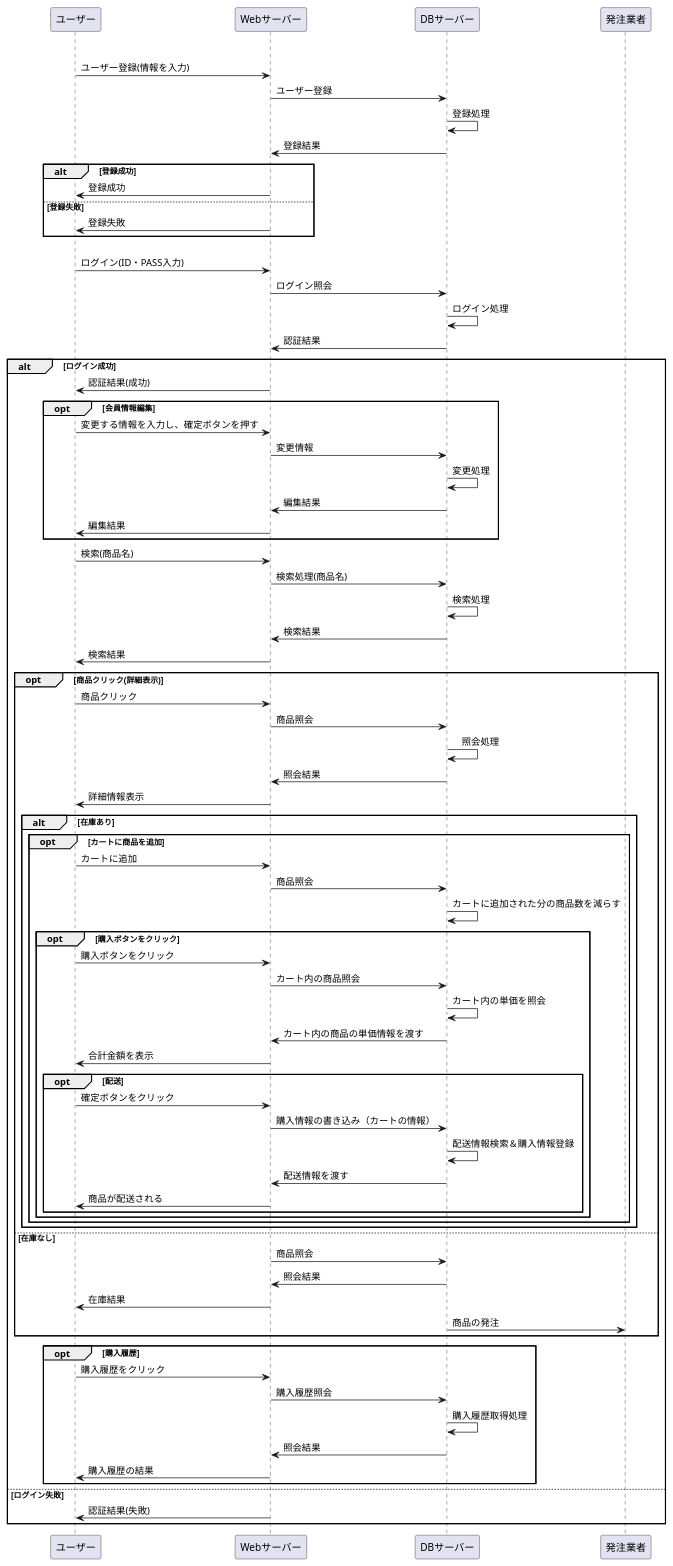
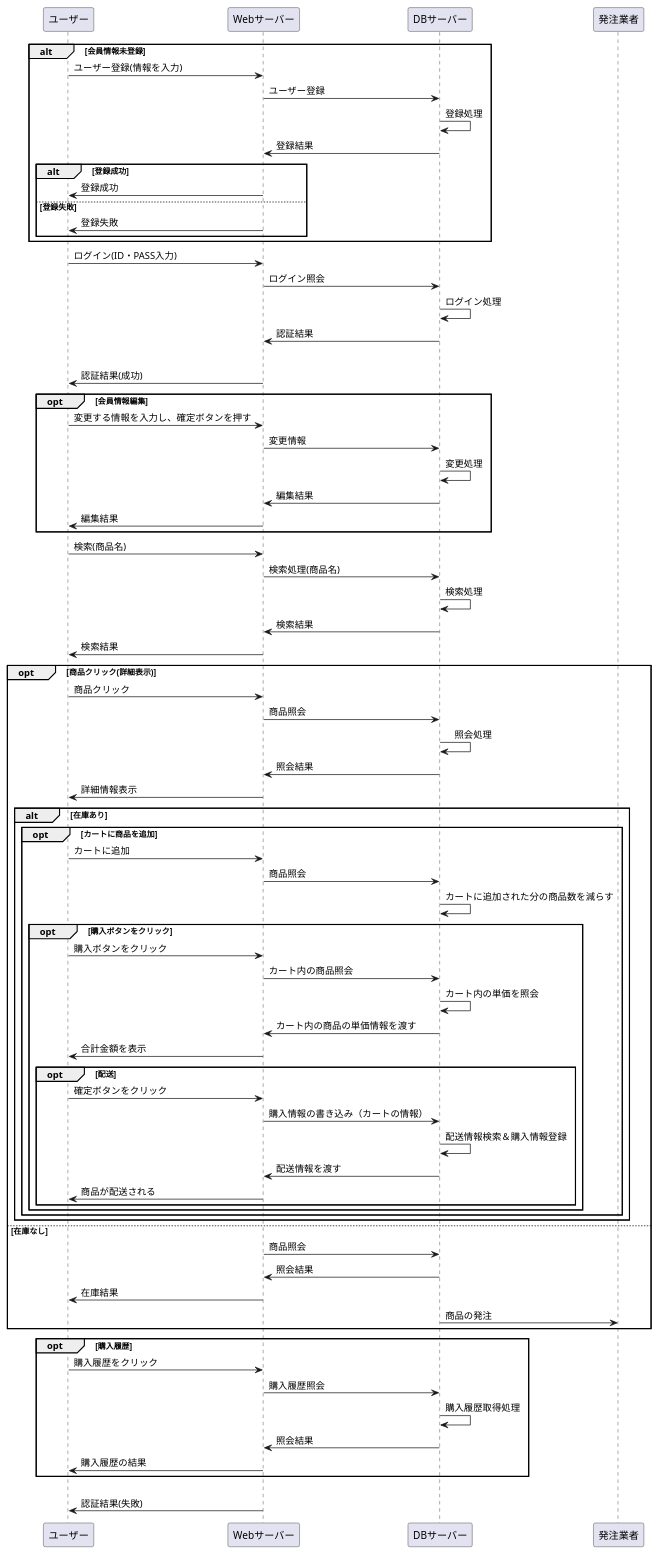
The diagram in 設計書/02_業務フロー/business-flow-test.md (Aso2001227/Aso-Sports-1), drawn with PlantUML before and after one commit.

````diff
--- a/設計書/02_業務フロー/business-flow-test.md
+++ b/設計書/02_業務フロー/business-flow-test.md
@@ -1,10 +1,10 @@
 ```uml
 @startuml
 alt 会員情報未登録
-ユーザー -> Webサーバー : ユーザー登録(情報を入力)
-Webサーバー -> DBサーバー : ユーザー登録
-DBサーバー -> DBサーバー : 登録処理
-DBサーバー -> Webサーバー : 登録結果
+  ユーザー -> Webサーバー : ユーザー登録(情報を入力)
+  Webサーバー -> DBサーバー : ユーザー登録
+  DBサーバー -> DBサーバー : 登録処理
+  DBサーバー -> Webサーバー : 登録結果
 
 
 
@@ -16,9 +16,7 @@
 else 登録失敗
 Webサーバー -> ユーザー : 登録失敗
 end
-else 登録済
-
-
+end
 
 
 
@@ -134,7 +132,6 @@
 end
 else ログイン失敗
 Webサーバー -> ユーザー : 認証結果(失敗)
-end
 
 
 
````
